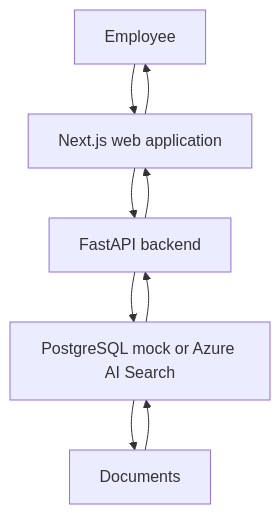
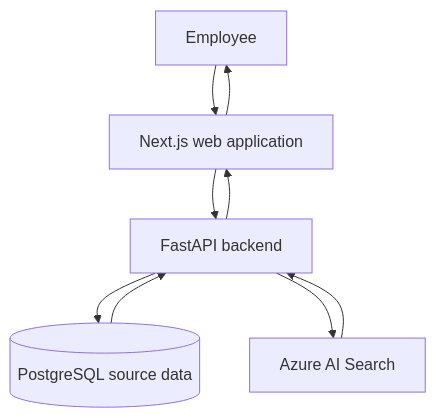
Before and after one commit to newaigen32/healthcare: the second of 3 diagrams in docs/architecture.md, drawn with Mermaid. The commit also changed other lines of this file and 19 other files, not shown here.

First line of the commit message:
Move PostgreSQL schema and sample data into SQL scripts.

````diff
--- a/docs/architecture.md
+++ b/docs/architecture.md
@@ -7,17 +46,17 @@
 ```mermaid
 flowchart TD
   employee[Employee]
   web[Next.js web application]
   api[FastAPI backend]
-  search[PostgreSQL mock or Azure AI Search]
-  docs[Documents]
+  db[(PostgreSQL source data)]
+  azure[Azure AI Search]
 
   employee --> web
   web --> api
-  api --> search
-  search --> docs
-  docs --> search
-  search --> api
+  api --> db
+  api --> azure
+  db --> api
+  azure --> api
   api --> web
   web --> employee
 ```
````
